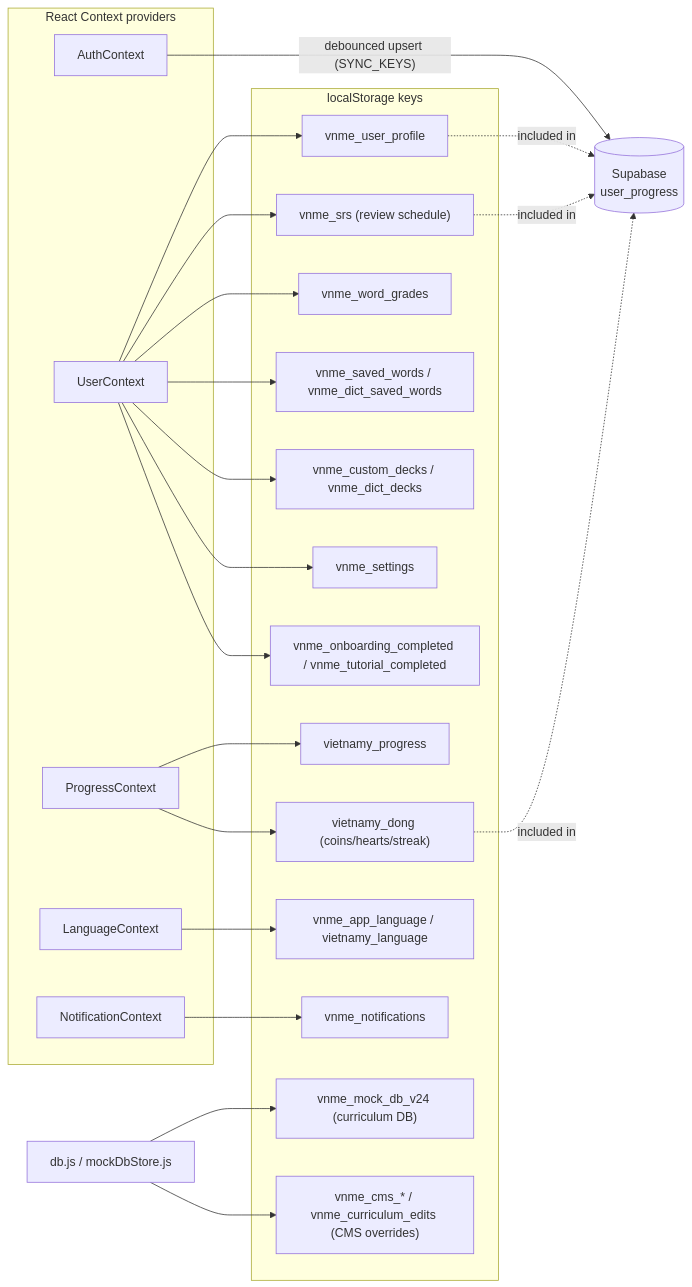
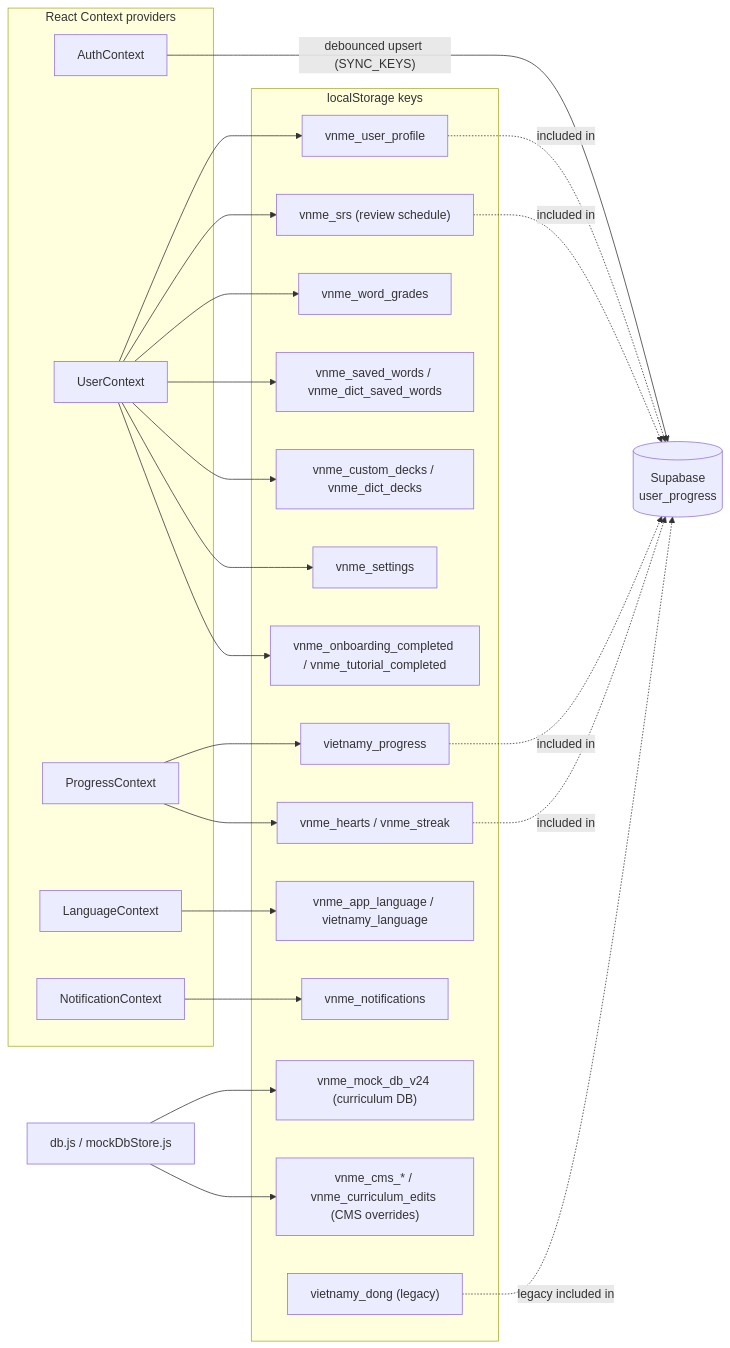
One commit to tecxmate/vietnamy changed the third of 12 diagrams in docs/architecture/ARCHITECTURE.md. Above: the diagram before and after it, drawn with Mermaid. The commit also changed 7 other files, not shown here.

````diff
--- a/docs/architecture/ARCHITECTURE.md
+++ b/docs/architecture/ARCHITECTURE.md
@@ -129,46 +129,49 @@
 ```mermaid
 flowchart LR
     subgraph Contexts["React Context providers"]
         AU["AuthContext"]
         US["UserContext"]
         PG["ProgressContext"]
         LA["LanguageContext"]
         NO["NotificationContext"]
     end
 
     subgraph Keys["localStorage keys"]
         K1["vnme_user_profile"]
         K2["vietnamy_progress"]
-        K3["vietnamy_dong (coins/hearts/streak)"]
+        K3["vnme_hearts / vnme_streak"]
         K4["vnme_srs (review schedule)"]
         K5["vnme_word_grades"]
         K6["vnme_saved_words / vnme_dict_saved_words"]
         K7["vnme_custom_decks / vnme_dict_decks"]
         K8["vnme_app_language / vietnamy_language"]
         K9["vnme_settings"]
         K10["vnme_onboarding_completed / vnme_tutorial_completed"]
         K11["vnme_notifications"]
         K12["vnme_mock_db_v24 (curriculum DB)"]
         K13["vnme_cms_* / vnme_curriculum_edits (CMS overrides)"]
+        K14["vietnamy_dong (legacy)"]
     end
 
     US --> K1
     PG --> K2
     PG --> K3
     US --> K4
     US --> K5
     US --> K6
     US --> K7
     LA --> K8
     US --> K9
     US --> K10
     NO --> K11
 
     DBJS["db.js / mockDbStore.js"] --> K12
     DBJS --> K13
 
     AU -->|"debounced upsert (SYNC_KEYS)"| CLOUD[("Supabase<br/>user_progress")]
     K1 -.included in.-> CLOUD
+    K2 -.included in.-> CLOUD
     K3 -.included in.-> CLOUD
     K4 -.included in.-> CLOUD
+    K14 -.legacy included in.-> CLOUD
 ```
````
